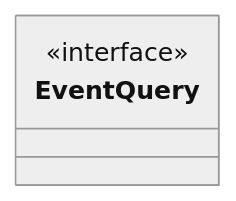
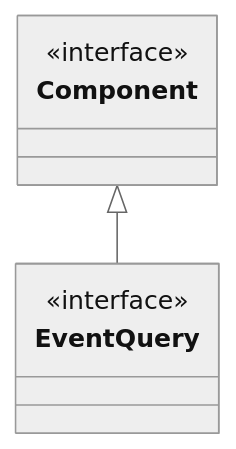
Before and after one commit to data-positioning/datapos-shared: the eighth of 9 diagrams in README.md, drawn with Mermaid (neutral theme). The commit also changed other lines of this file and 4 other files, not shown here.

````diff
--- a/README.md
+++ b/README.md
@@ -320,8 +320,14 @@
 ```mermaid
 classDiagram
     direction TB
+
+    class Component {
+        <<interface>>
+    }
+
+    Component <|-- EventQuery
 
     class EventQuery {
         <<interface>>
     }
 ```
````
